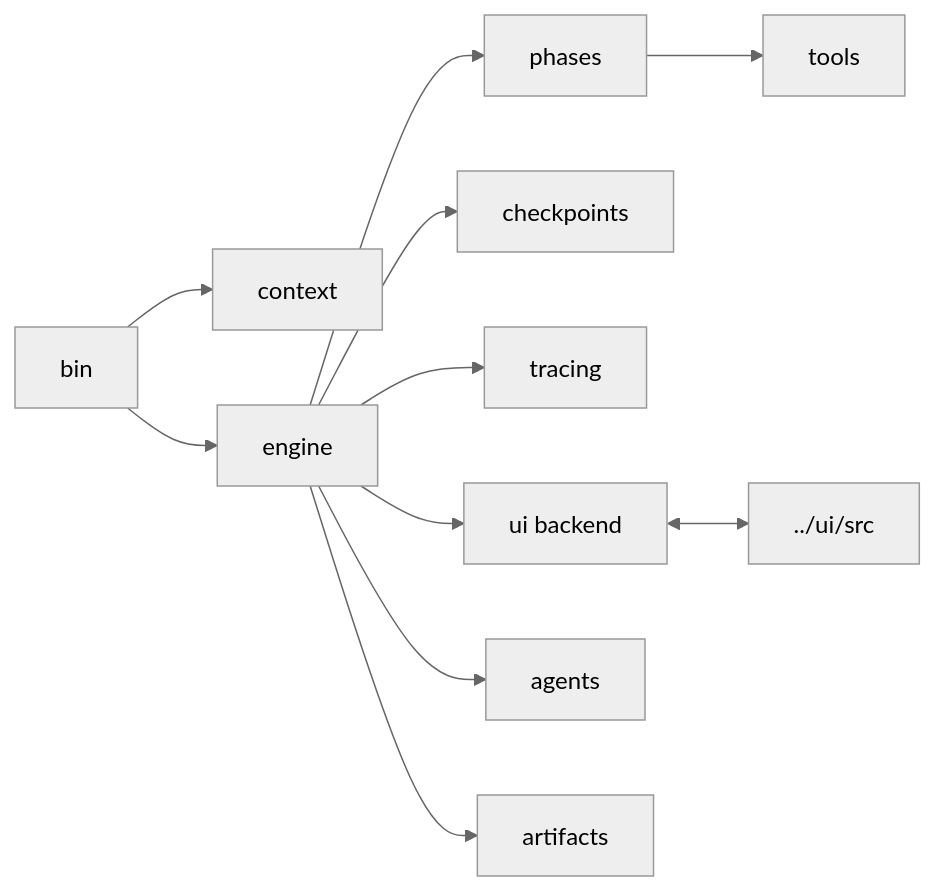
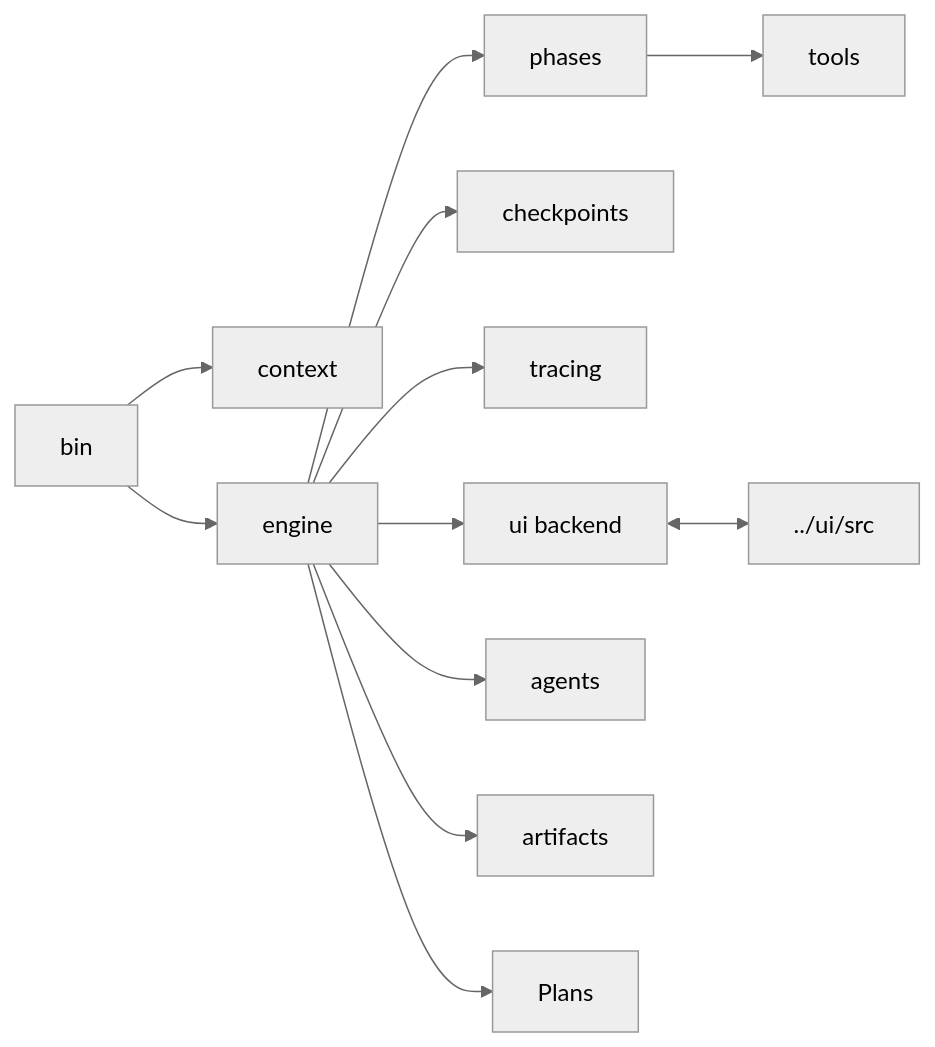
The diagram in shipyard/src/README.md (thisisyoussef/shipyard), drawn with Mermaid (neutral theme) before and after one commit. The commit also changed other lines of this file and 15 other files, not shown here.

````diff
--- a/shipyard/src/README.md
+++ b/shipyard/src/README.md
@@ -23,25 +24,26 @@
 ```mermaid
 flowchart LR
   Bin["bin"]
   Context["context"]
   Engine["engine"]
   Phases["phases"]
   Tools["tools"]
   Checkpoints["checkpoints"]
   Tracing["tracing"]
   Ui["ui backend"]
   Frontend["../ui/src"]
   Agents["agents"]
   Artifacts["artifacts"]
 
   Bin --> Context
   Bin --> Engine
   Engine --> Phases
+  Engine --> Plans
   Phases --> Tools
   Engine --> Checkpoints
   Engine --> Tracing
   Engine --> Ui
   Ui <--> Frontend
   Engine --> Agents
   Engine --> Artifacts
 ```
````
